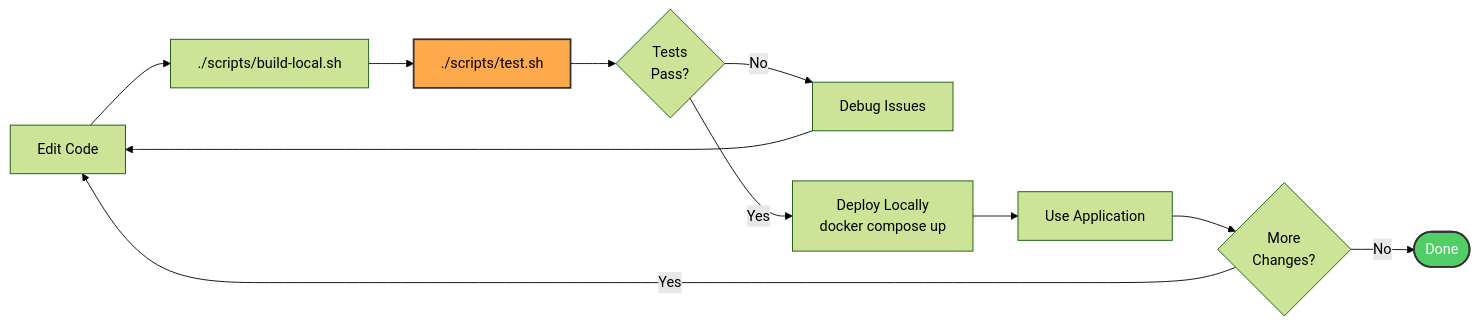
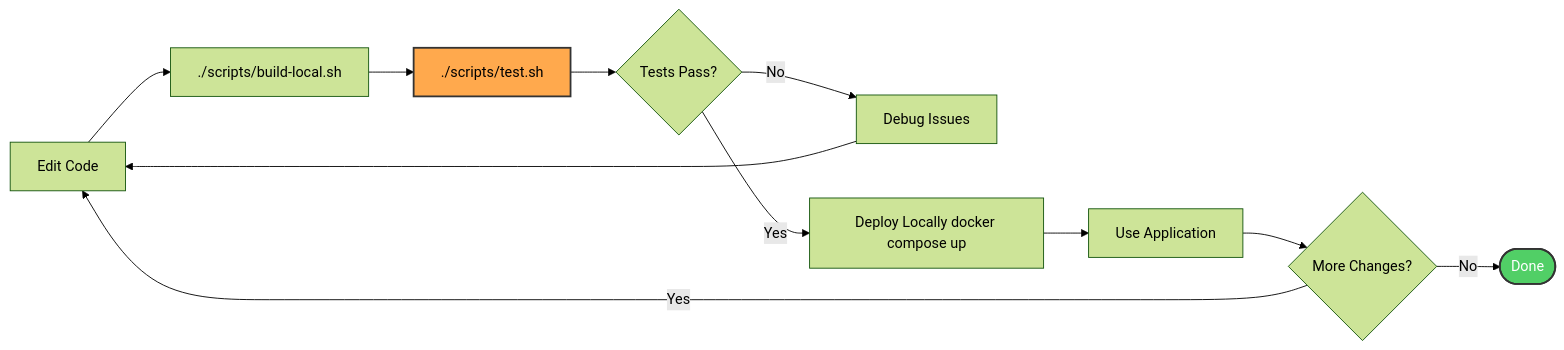
Before and after one commit to softwarewrighter/dev-proxy: the seventh of 16 diagrams in wiki/Build-Process.md, drawn with Mermaid (forest theme). The commit also changed other lines of this file and 6 other files, not shown here.

First line of the commit message:
Fix wiki Mermaid diagrams: remove <br/> tags

````diff
--- a/wiki/Build-Process.md
+++ b/wiki/Build-Process.md
@@ -295,20 +295,20 @@
 ```mermaid
 graph LR
     Edit[Edit Code] --> Build[./scripts/build-local.sh]
     Build --> Test[./scripts/test.sh]
-    Test --> Verify{Tests<br/>Pass?}
+    Test --> Verify{Tests Pass?}
 
     Verify -->|No| Debug[Debug Issues]
-    Verify -->|Yes| Deploy[Deploy Locally<br/>docker compose up]
+    Verify -->|Yes| Deploy[Deploy Locally docker compose up]
 
     Debug --> Edit
 
     Deploy --> UseApp[Use Application]
-    UseApp --> MoreChanges{More<br/>Changes?}
+    UseApp --> MoreChanges{More Changes?}
 
     MoreChanges -->|Yes| Edit
     MoreChanges -->|No| Done([Done])
 
     style Test fill:#ffa94d,stroke:#333,stroke-width:2px
     style Done fill:#51cf66,stroke:#333,stroke-width:2px,color:#fff
 ```
````
